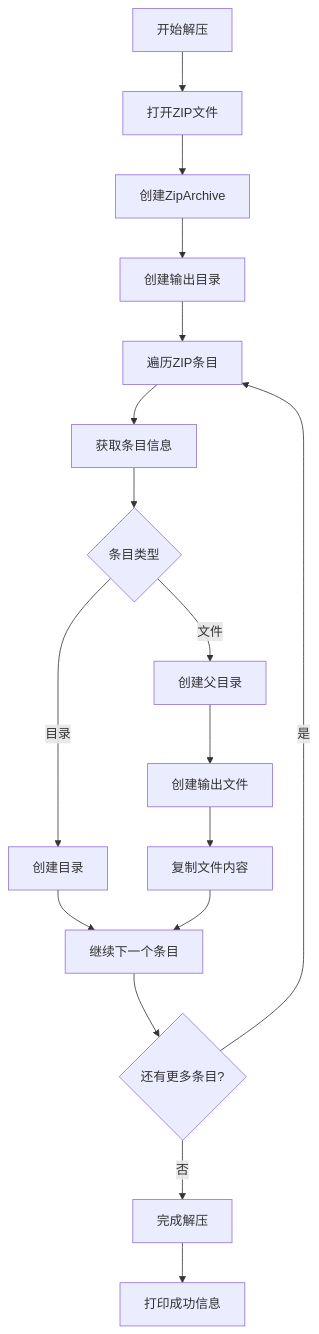
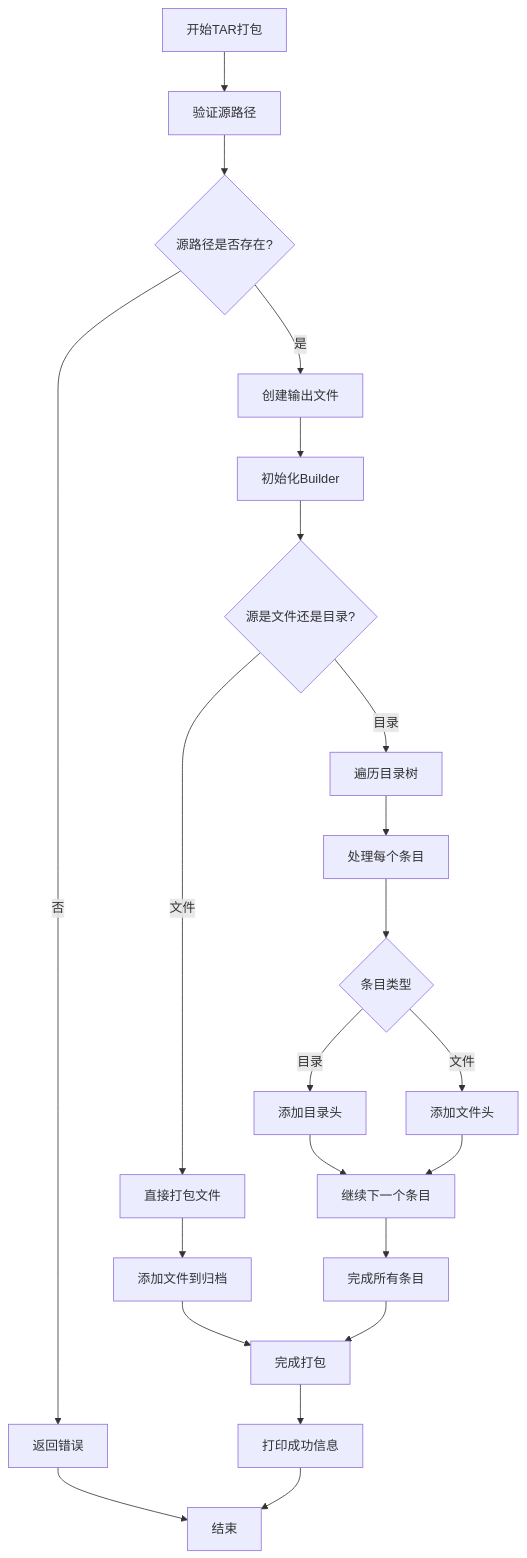
The sixth of 11 diagrams in .qoder/repowiki/zh/content/核心功能实现/核心功能实现.md (zhangjiacai-hub/myArchive), drawn with Mermaid before and after one commit. The commit also changed other lines of this file and 6 other files, not shown here.

````diff
--- a/.qoder/repowiki/zh/content/核心功能实现/核心功能实现.md
+++ b/.qoder/repowiki/zh/content/核心功能实现/核心功能实现.md
@@ -238,19 +378,24 @@
 ```mermaid
 flowchart TD
-A[开始解压] --> B[打开ZIP文件]
-B --> C[创建ZipArchive]
-C --> D[创建输出目录]
-D --> E[遍历ZIP条目]
-E --> F[获取条目信息]
-F --> G{条目类型}
-G --> |目录| H[创建目录]
-G --> |文件| I[创建父目录]
-I --> J[创建输出文件]
-J --> K[复制文件内容]
-H --> L[继续下一个条目]
-K --> L
-L --> M{还有更多条目?}
-M --> |是| E
-M --> |否| N[完成解压]
-N --> O[打印成功信息]
+A[开始TAR打包] --> B[验证源路径]
+B --> C{源路径是否存在?}
+C --> |否| D[返回错误]
+C --> |是| E[创建输出文件]
+E --> F[初始化Builder]
+F --> G{源是文件还是目录?}
+G --> |文件| H[直接打包文件]
+G --> |目录| I[遍历目录树]
+H --> J[添加文件到归档]
+I --> K[处理每个条目]
+K --> L{条目类型}
+L --> |目录| M[添加目录头]
+L --> |文件| N[添加文件头]
+M --> O[继续下一个条目]
+N --> O
+O --> P[完成所有条目]
+J --> Q[完成打包]
+P --> Q
+D --> R[结束]
+Q --> S[打印成功信息]
+S --> R
 ```
````
